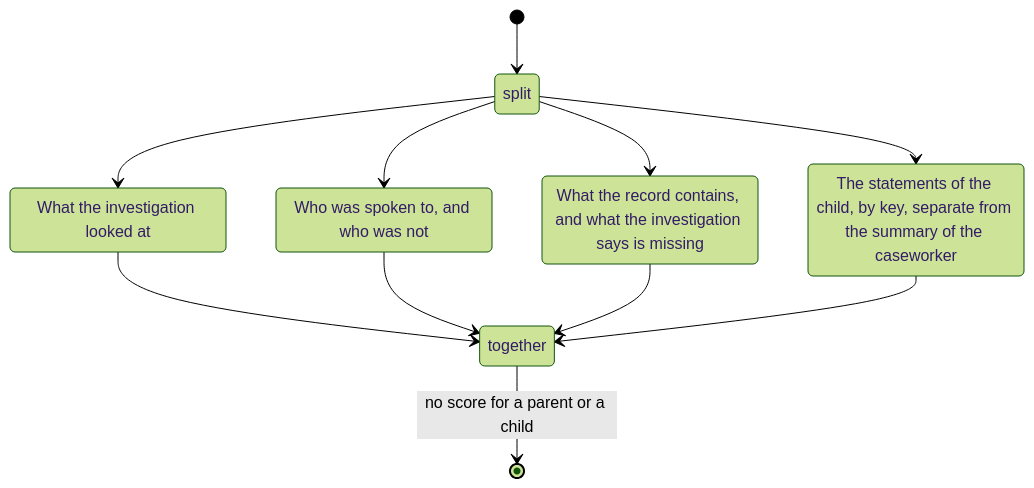
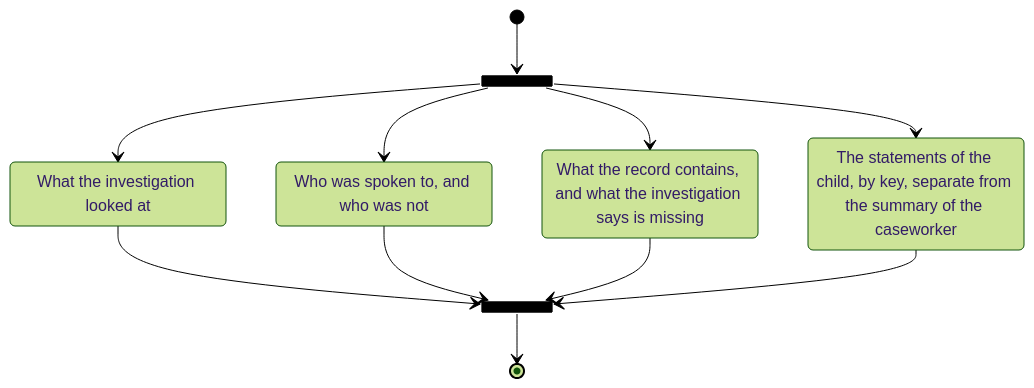
One commit to evidlabel/skills changed the diagram in analysis/social-work/investigation/index.md. Above: the diagram before and after it, drawn with Mermaid (forest theme). The commit also changed 23 other files, not shown here.

````diff
--- a/analysis/social-work/investigation/index.md
+++ b/analysis/social-work/investigation/index.md
@@ -10,20 +10,20 @@
 ```mermaid
 stateDiagram-v2
+  state split <<fork>>
+  state together <<join>>
   state "What the investigation looked at" as Looked
   state "Who was spoken to, and who was not" as Spoken
   state "What the record contains, and what the investigation says is missing" as Contents
   state "The statements of the child, by key, separate from the summary of the caseworker" as Child
 
   [*] --> split
-  state split <<fork>>
   split --> Looked
   split --> Spoken
   split --> Contents
   split --> Child
   Looked --> together
   Spoken --> together
   Contents --> together
   Child --> together
-  state together <<join>>
-  together --> [*]: no score for a parent or a child
+  together --> [*]
 ```
````
